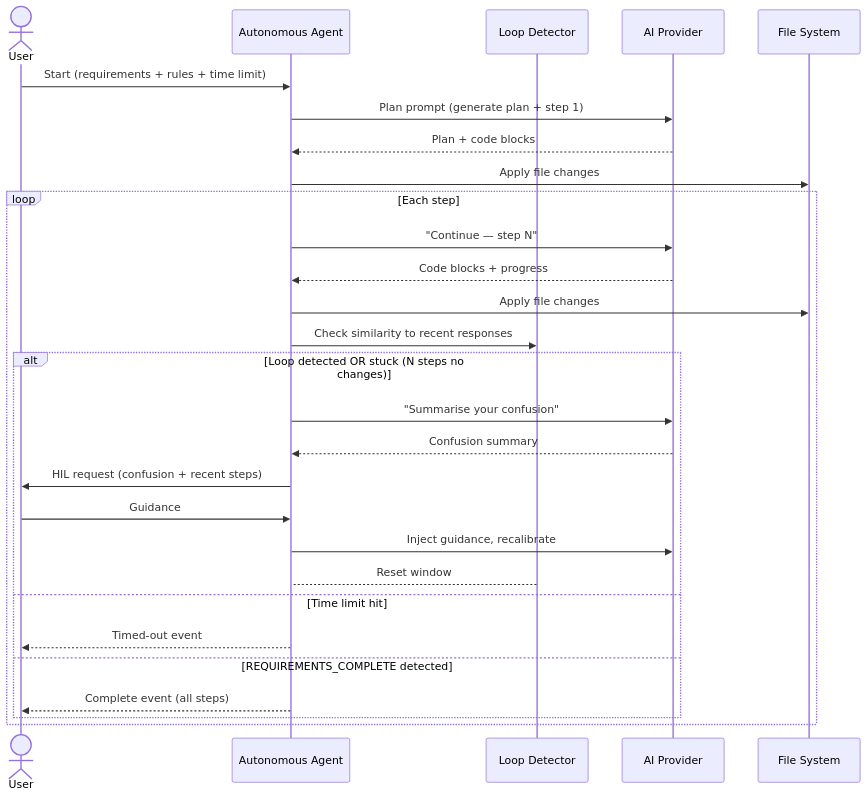
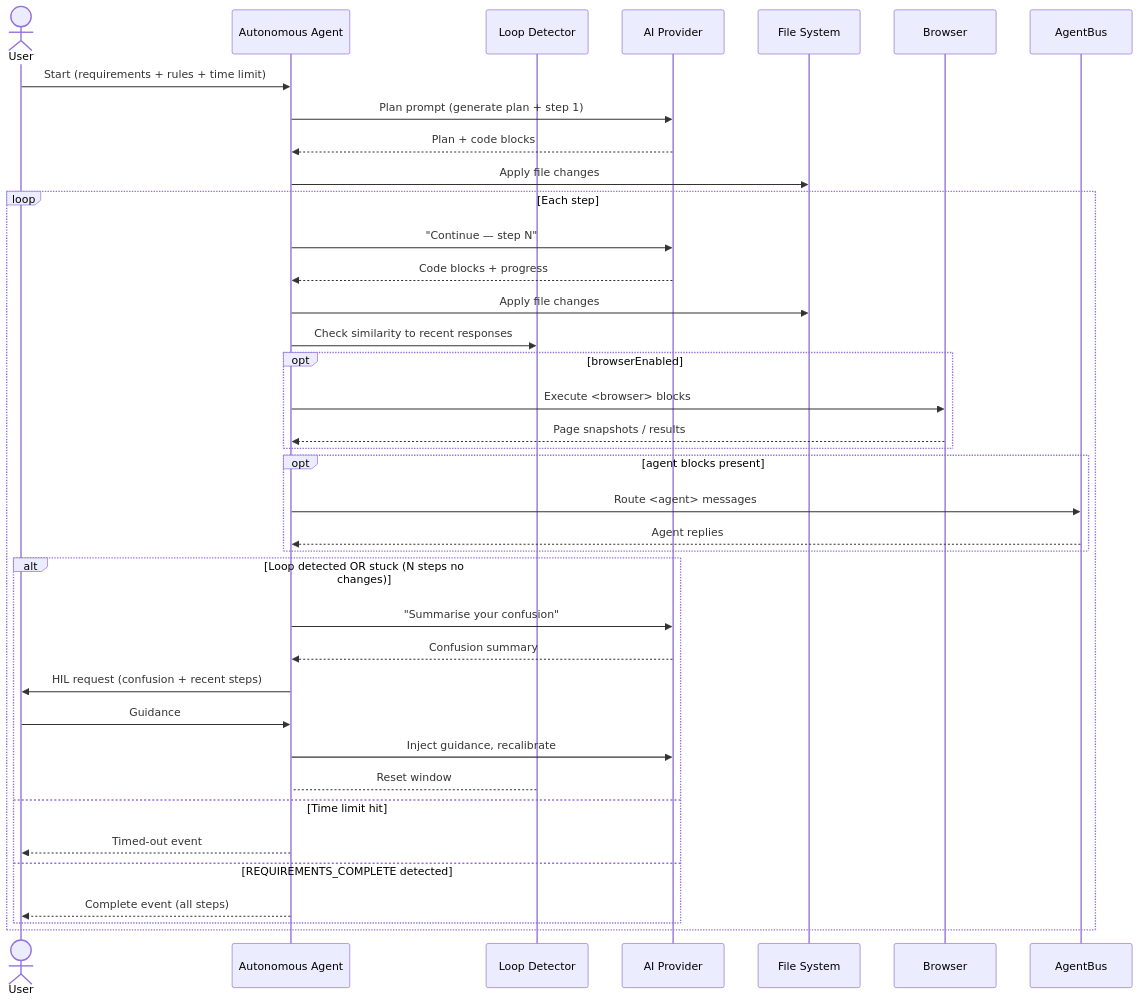
Before and after one commit to fury-r/fusion-agent: the fourth of 4 diagrams in README.md, drawn with Mermaid. The commit also changed other lines of this file and 25 other files, not shown here.

Commit message:
feat: add agent-bus,skillstore

````diff
--- a/README.md
+++ b/README.md
@@ -171,32 +179,40 @@
 ```mermaid
 sequenceDiagram
     actor U as User
     participant VA as Autonomous Agent
     participant LD as Loop Detector
     participant AI as AI Provider
     participant FS as File System
 
     U->>VA: Start (requirements + rules + time limit)
     VA->>AI: Plan prompt (generate plan + step 1)
     AI-->>VA: Plan + code blocks
     VA->>FS: Apply file changes
 
     loop Each step
         VA->>AI: "Continue — step N"
         AI-->>VA: Code blocks + progress
         VA->>FS: Apply file changes
         VA->>LD: Check similarity to recent responses
+        opt browserEnabled
+            VA->>Browser: Execute <browser> blocks
+            Browser-->>VA: Page snapshots / results
+        end
+        opt agent blocks present
+            VA->>AgentBus: Route <agent> messages
+            AgentBus-->>VA: Agent replies
+        end
         alt Loop detected OR stuck (N steps no changes)
             VA->>AI: "Summarise your confusion"
             AI-->>VA: Confusion summary
             VA->>U: HIL request (confusion + recent steps)
             U->>VA: Guidance
             VA->>AI: Inject guidance, recalibrate
             LD-->VA: Reset window
         else Time limit hit
             VA-->>U: Timed-out event
         else REQUIREMENTS_COMPLETE detected
             VA-->>U: Complete event (all steps)
         end
     end
 ```
````
